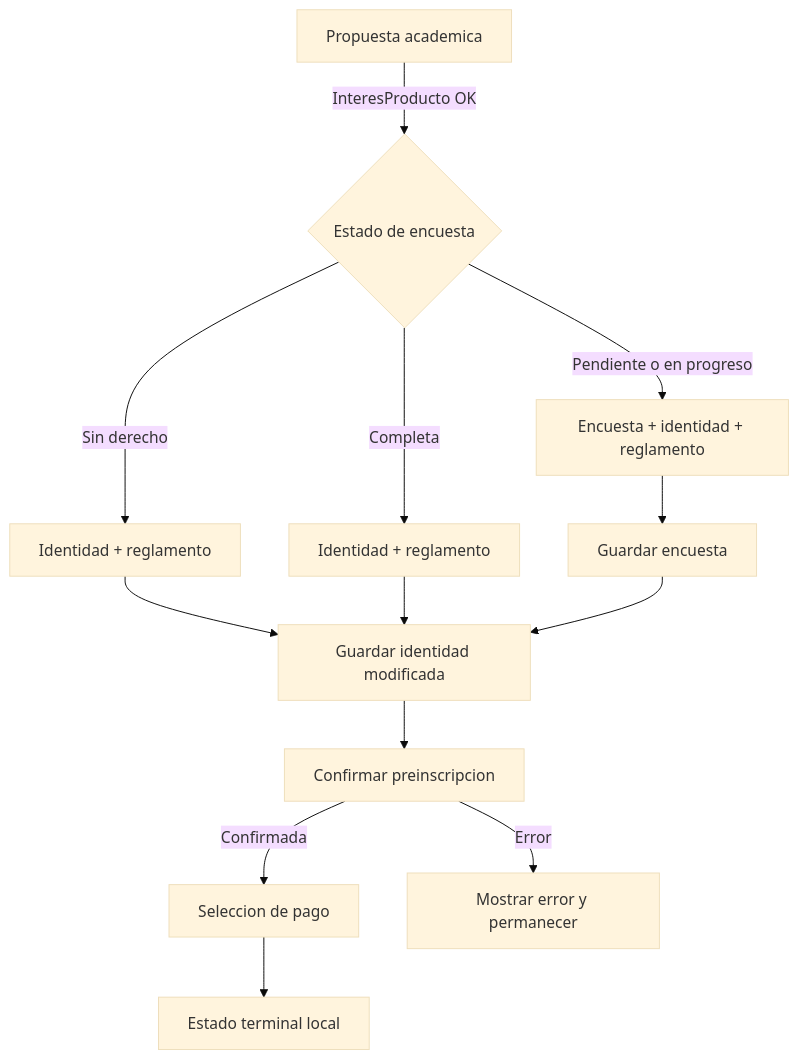
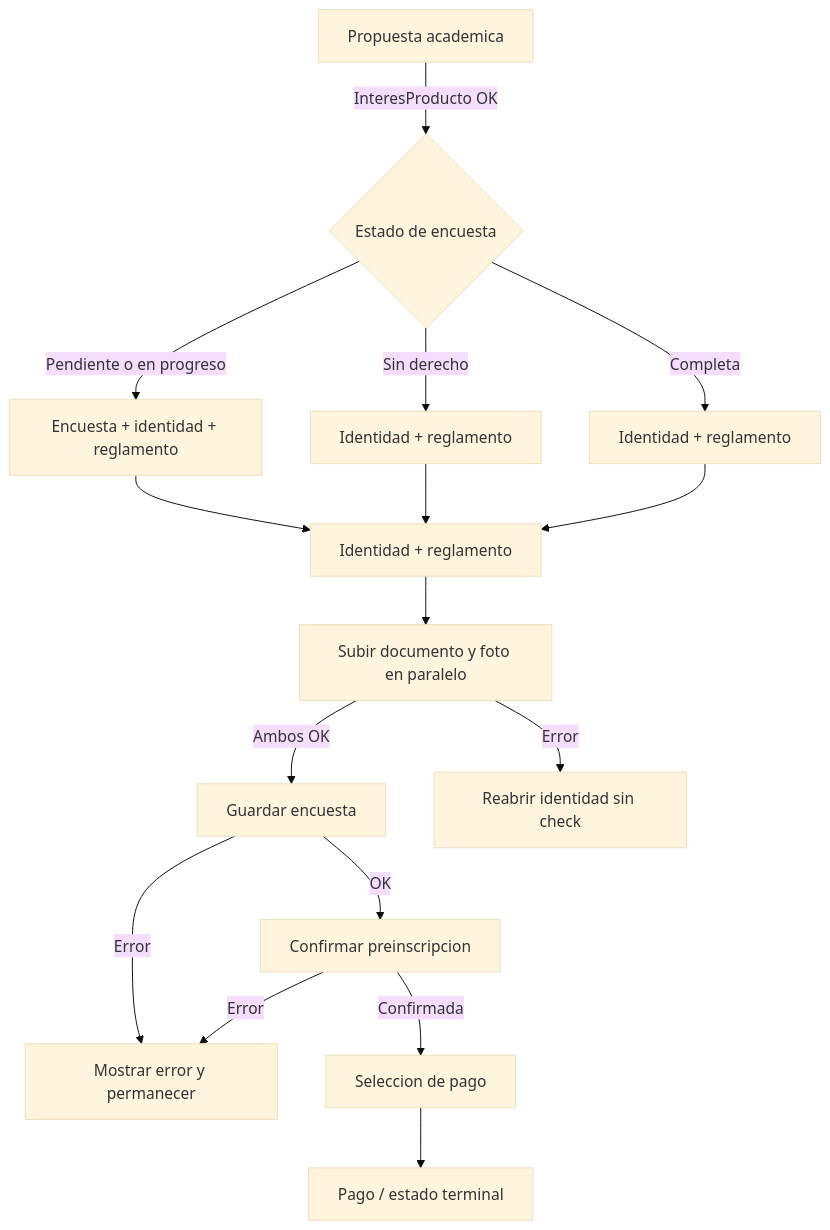
Before and after one commit to DesarrolloORT/admisiones-mono: the diagram in src/app/features/inscriptions/INSCRIPCIONES-FLOW.md, drawn with Mermaid (base theme). The commit also changed other lines of this file and 15 other files, not shown here.

Commit message:
feat(inscriptions): enhance payment flow and update related documentation

````diff
--- a/src/app/features/inscriptions/INSCRIPCIONES-FLOW.md
+++ b/src/app/features/inscriptions/INSCRIPCIONES-FLOW.md
@@ -33,15 +34,18 @@
 ```mermaid
 flowchart TD
   A[Propuesta academica] -->|InteresProducto OK| B{Estado de encuesta}
   B -->|Pendiente o en progreso| C[Encuesta + identidad + reglamento]
   B -->|Sin derecho| D[Identidad + reglamento]
   B -->|Completa| E[Identidad + reglamento]
-  C --> F[Guardar encuesta]
-  D --> G[Guardar identidad modificada]
-  E --> G
-  F --> G
-  G --> H[Confirmar preinscripcion]
-  H -->|Confirmada| I[Seleccion de pago]
-  H -->|Error| J[Mostrar error y permanecer]
-  I --> K[Estado terminal local]
+  C --> F[Identidad + reglamento]
+  D --> F
+  E --> F
+  F --> G[Subir documento y foto en paralelo]
+  G -->|Ambos OK| H[Guardar encuesta]
+  G -->|Error| M[Reabrir identidad sin check]
+  H -->|OK| I[Confirmar preinscripcion]
+  H -->|Error| K[Mostrar error y permanecer]
+  I -->|Confirmada| J[Seleccion de pago]
+  I -->|Error| K[Mostrar error y permanecer]
+  J --> L[Pago / estado terminal]
 ```
````
